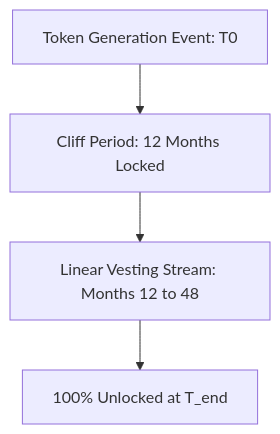
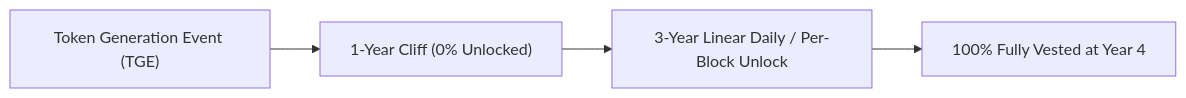
One commit to ub-society/modules changed the fourth of 6 diagrams in docs/learn/fundamentals/05-decentralized-systems/04-tokenomics-and-economic-incentive-design.md. Above: the diagram before and after it, drawn with Mermaid. The commit also changed other lines of this file and 4 other files, not shown here.

````diff
--- a/docs/learn/fundamentals/05-decentralized-systems/04-tokenomics-and-economic-incentive-design.md
+++ b/docs/learn/fundamentals/05-decentralized-systems/04-tokenomics-and-economic-incentive-design.md
@@ -70,6 +90,6 @@
 ```mermaid
-flowchart TD
-    TGE[Token Generation Event: T0] --> Cliff[Cliff Period: 12 Months Locked]
-    Cliff --> Linear[Linear Vesting Stream: Months 12 to 48]
-    Linear --> Unlocked[100% Unlocked at T_end]
+flowchart LR
+    TGE["Token Generation Event (TGE)"] --> Cliff["1-Year Cliff (0% Unlocked)"]
+    Cliff --> Linear["3-Year Linear Daily / Per-Block Unlock"]
+    Linear --> FullUnlock["100% Fully Vested at Year 4"]
 ```
````
